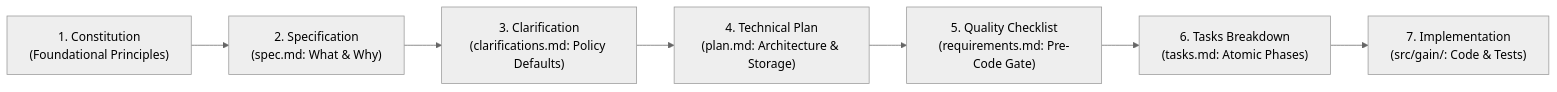
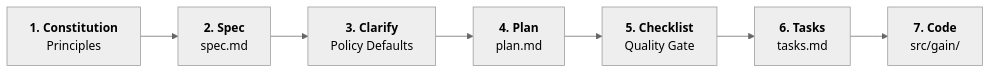
The first of 3 diagrams in gainPresentation.qmd (firmsoil/gain), drawn with Mermaid (neutral theme) before and after one commit. The commit also changed 1 other file, not shown here.

Commit message:
Fix text truncation in Slide 3 inverted lifecycle diagram

````diff
--- a/gainPresentation.qmd
+++ b/gainPresentation.qmd
@@ -62,9 +62,9 @@
 ```{mermaid}
 flowchart LR
-    A["1. Constitution<br/>(Foundational Principles)"] --> B["2. Specification<br/>(spec.md: What & Why)"]
-    B --> C["3. Clarification<br/>(clarifications.md: Policy Defaults)"]
-    C --> D["4. Technical Plan<br/>(plan.md: Architecture & Storage)"]
-    D --> E["5. Quality Checklist<br/>(requirements.md: Pre-Code Gate)"]
-    E --> F["6. Tasks Breakdown<br/>(tasks.md: Atomic Phases)"]
-    F --> G["7. Implementation<br/>(src/gain/: Code & Tests)"]
+    A["<b>1. Constitution</b><br/>Principles"] --> B["<b>2. Spec</b><br/>spec.md"]
+    B --> C["<b>3. Clarify</b><br/>Policy Defaults"]
+    C --> D["<b>4. Plan</b><br/>plan.md"]
+    D --> E["<b>5. Checklist</b><br/>Quality Gate"]
+    E --> F["<b>6. Tasks</b><br/>tasks.md"]
+    F --> G["<b>7. Code</b><br/>src/gain/"]
 ```
````
